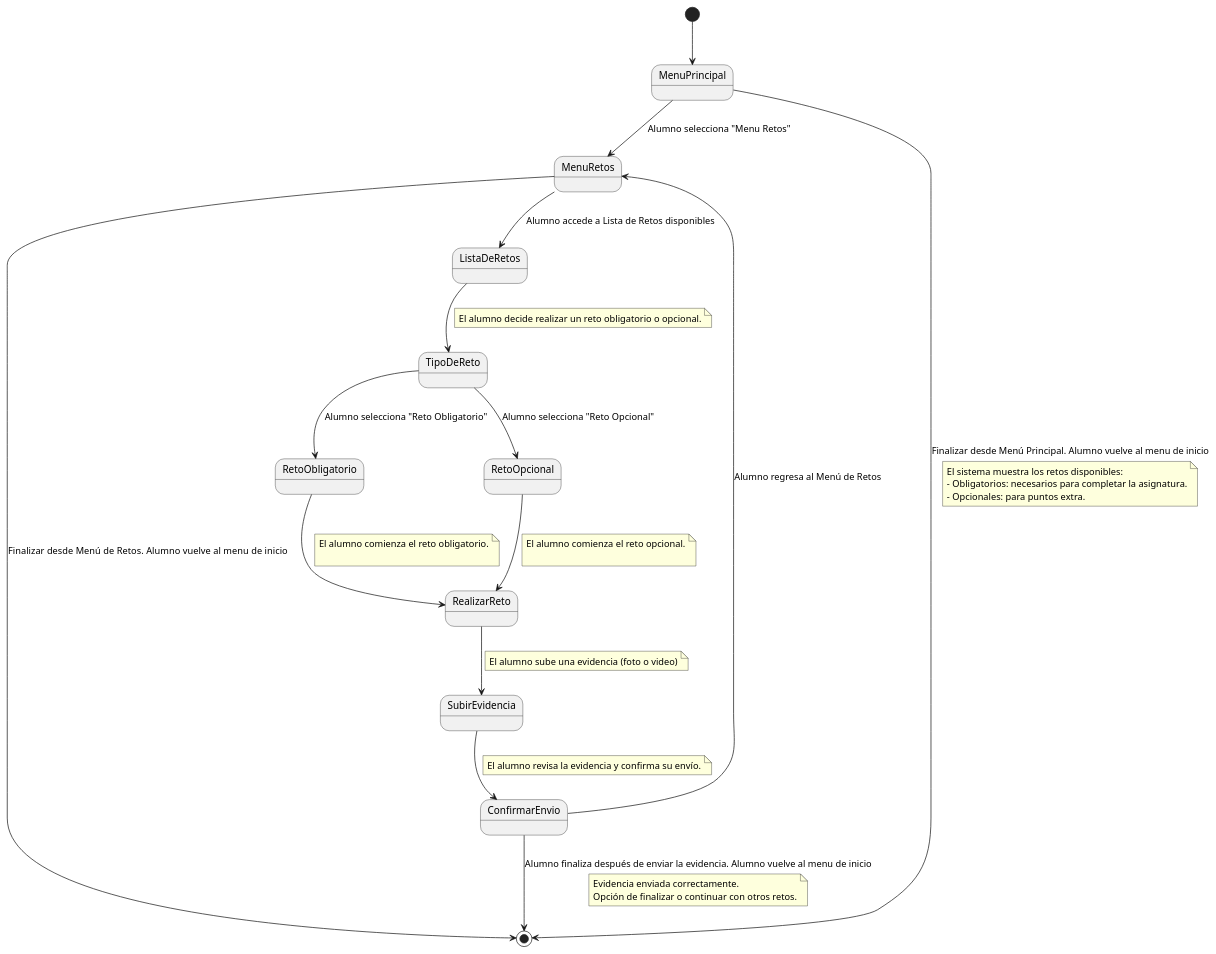
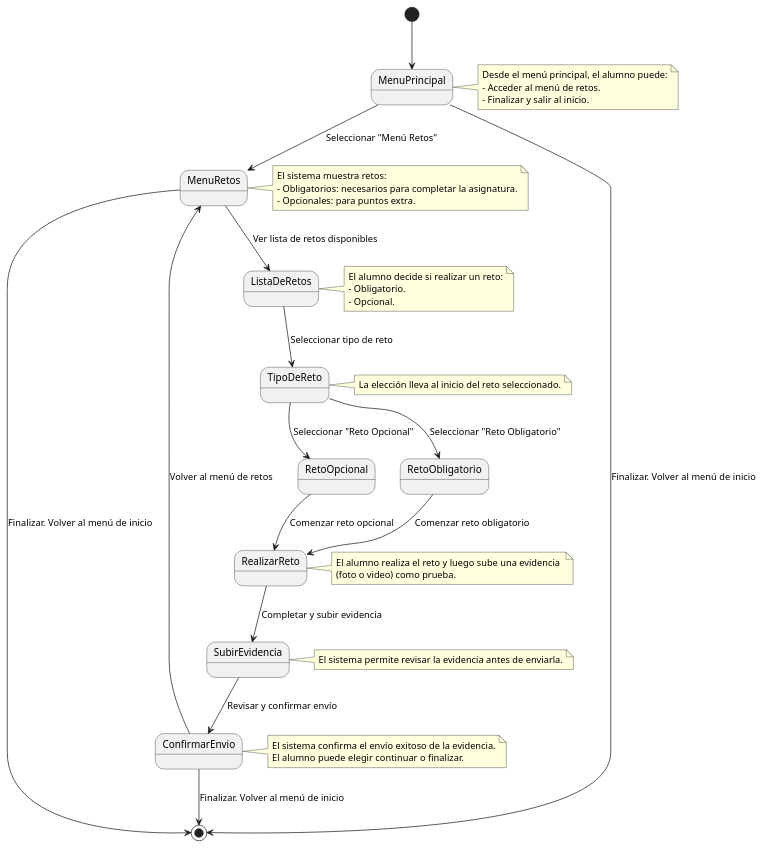
Before and after one commit to mmasias/24-25-IdSw1-SDR: the diagram in Documentos/DetallarCasosDeUso/CompletarRetos.puml, drawn with PlantUML.

```diff
--- a/Documentos/DetallarCasosDeUso/CompletarRetos.puml
+++ b/Documentos/DetallarCasosDeUso/CompletarRetos.puml
@@ -1,53 +1,56 @@
 @startuml
 
-[*] --> MenuPrincipal 
+[*] --> MenuPrincipal
 
-MenuPrincipal --> MenuRetos : Alumno selecciona "Menu Retos"
-MenuPrincipal --> [*] : Finalizar desde Menú Principal. Alumno vuelve al menu de inicio
-note on link
-    El sistema muestra los retos disponibles:
+MenuPrincipal --> MenuRetos : Seleccionar "Menú Retos"
+MenuPrincipal --> [*] : Finalizar. Volver al menú de inicio
+note right of MenuPrincipal
+    Desde el menú principal, el alumno puede:
+    - Acceder al menú de retos.
+    - Finalizar y salir al inicio.
+end note
+
+MenuRetos --> ListaDeRetos : Ver lista de retos disponibles
+MenuRetos --> [*] : Finalizar. Volver al menú de inicio
+note right of MenuRetos
+    El sistema muestra retos:
     - Obligatorios: necesarios para completar la asignatura.
     - Opcionales: para puntos extra.
 end note
-MenuRetos --> ListaDeRetos : Alumno accede a Lista de Retos disponibles
-MenuRetos --> [*] : Finalizar desde Menú de Retos.  Alumno vuelve al menu de inicio
 
-
-ListaDeRetos --> TipoDeReto
-note on link
-    El alumno decide realizar un reto obligatorio o opcional.
+ListaDeRetos --> TipoDeReto : Seleccionar tipo de reto
+note right of ListaDeRetos
+    El alumno decide si realizar un reto:
+    - Obligatorio.
+    - Opcional.
 end note
 
 state TipoDeReto <<choice>>
-TipoDeReto --> RetoObligatorio : Alumno selecciona "Reto Obligatorio"
-TipoDeReto --> RetoOpcional : Alumno selecciona "Reto Opcional"
+TipoDeReto --> RetoObligatorio : Seleccionar "Reto Obligatorio"
+TipoDeReto --> RetoOpcional : Seleccionar "Reto Opcional"
 
-RetoObligatorio --> RealizarReto
-note on link
-    El alumno comienza el reto obligatorio.
-    
+RetoObligatorio --> RealizarReto : Comenzar reto obligatorio
+RetoOpcional --> RealizarReto : Comenzar reto opcional
+note right of TipoDeReto
+    La elección lleva al inicio del reto seleccionado.
 end note
 
-RetoOpcional --> RealizarReto
-note on link
-    El alumno comienza el reto opcional.
-    
+RealizarReto --> SubirEvidencia : Completar y subir evidencia
+note right of RealizarReto
+    El alumno realiza el reto y luego sube una evidencia 
+    (foto o video) como prueba.
 end note
 
-RealizarReto --> SubirEvidencia
-note on link
-    El alumno sube una evidencia (foto o video)
+SubirEvidencia --> ConfirmarEnvio : Revisar y confirmar envío
+note right of SubirEvidencia
+    El sistema permite revisar la evidencia antes de enviarla.
 end note
 
-SubirEvidencia --> ConfirmarEnvio
-note on link
-    El alumno revisa la evidencia y confirma su envío.
+ConfirmarEnvio --> MenuRetos : Volver al menú de retos
+ConfirmarEnvio --> [*] : Finalizar. Volver al menú de inicio
+note right of ConfirmarEnvio
+    El sistema confirma el envío exitoso de la evidencia.
+    El alumno puede elegir continuar o finalizar.
 end note
 
-ConfirmarEnvio --> MenuRetos : Alumno regresa al Menú de Retos
-ConfirmarEnvio --> [*] : Alumno finaliza después de enviar la evidencia. Alumno vuelve al menu de inicio
-note on link
-    Evidencia enviada correctamente. 
-    Opción de finalizar o continuar con otros retos.
-end note
 @enduml
```
